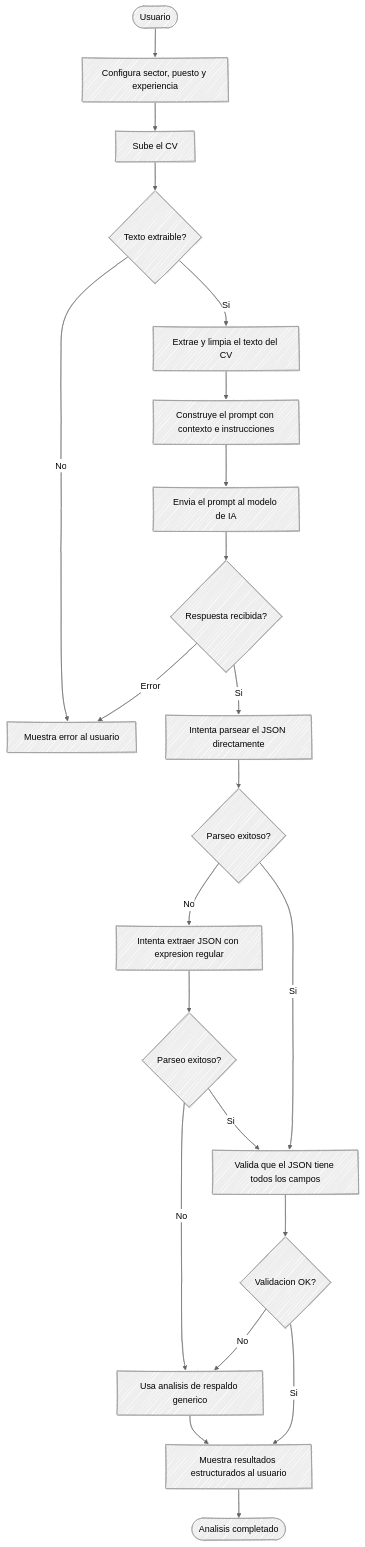
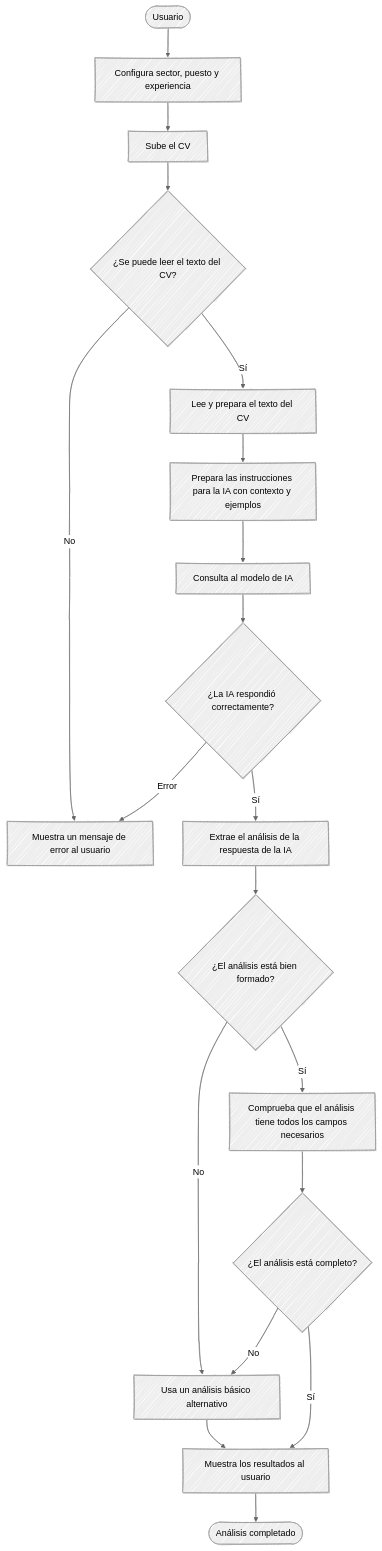
One commit to jamarcas1984/cv-assistant-ai changed the first of 3 diagrams in doc.md. Above: the diagram before and after it, drawn with Mermaid. The commit also changed other lines of this file and 1 other file, not shown here.

````diff
--- a/doc.md
+++ b/doc.md
@@ -64,29 +64,26 @@
 ```mermaid
 ---
 config:
   look: handDrawn
   theme: neutral
 ---
 flowchart TD
     A([Usuario]) --> B[Configura sector, puesto y experiencia]
     B --> C[Sube el CV]
-    C --> D{Texto extraible?}
-    D -- No --> E[Muestra error al usuario]
-    D -- Si --> F[Extrae y limpia el texto del CV]
-    F --> G[Construye el prompt con contexto e instrucciones]
-    G --> H[Envia el prompt al modelo de IA]
-    H --> I{Respuesta recibida?}
+    C --> D{¿Se puede leer el texto del CV?}
+    D -- No --> E[Muestra un mensaje de error al usuario]
+    D -- Sí --> F[Lee y prepara el texto del CV]
+    F --> G[Prepara las instrucciones para la IA con contexto y ejemplos]
+    G --> H[Consulta al modelo de IA]
+    H --> I{¿La IA respondió correctamente?}
     I -- Error --> E
-    I -- Si --> J[Intenta parsear el JSON directamente]
-    J --> K{Parseo exitoso?}
-    K -- No --> L[Intenta extraer JSON con expresion regular]
-    L --> M{Parseo exitoso?}
-    M -- No --> N[Usa analisis de respaldo generico]
-    M -- Si --> O[Valida que el JSON tiene todos los campos]
-    K -- Si --> O
-    O --> P{Validacion OK?}
+    I -- Sí --> J[Extrae el análisis de la respuesta de la IA]
+    J --> K{¿El análisis está bien formado?}
+    K -- No --> N[Usa un análisis básico alternativo]
+    K -- Sí --> O[Comprueba que el análisis tiene todos los campos necesarios]
+    O --> P{¿El análisis está completo?}
     P -- No --> N
-    P -- Si --> Q[Muestra resultados estructurados al usuario]
+    P -- Sí --> Q[Muestra los resultados al usuario]
     N --> Q
-    Q --> R([Analisis completado])
+    Q --> R([Análisis completado])
 ```
````
